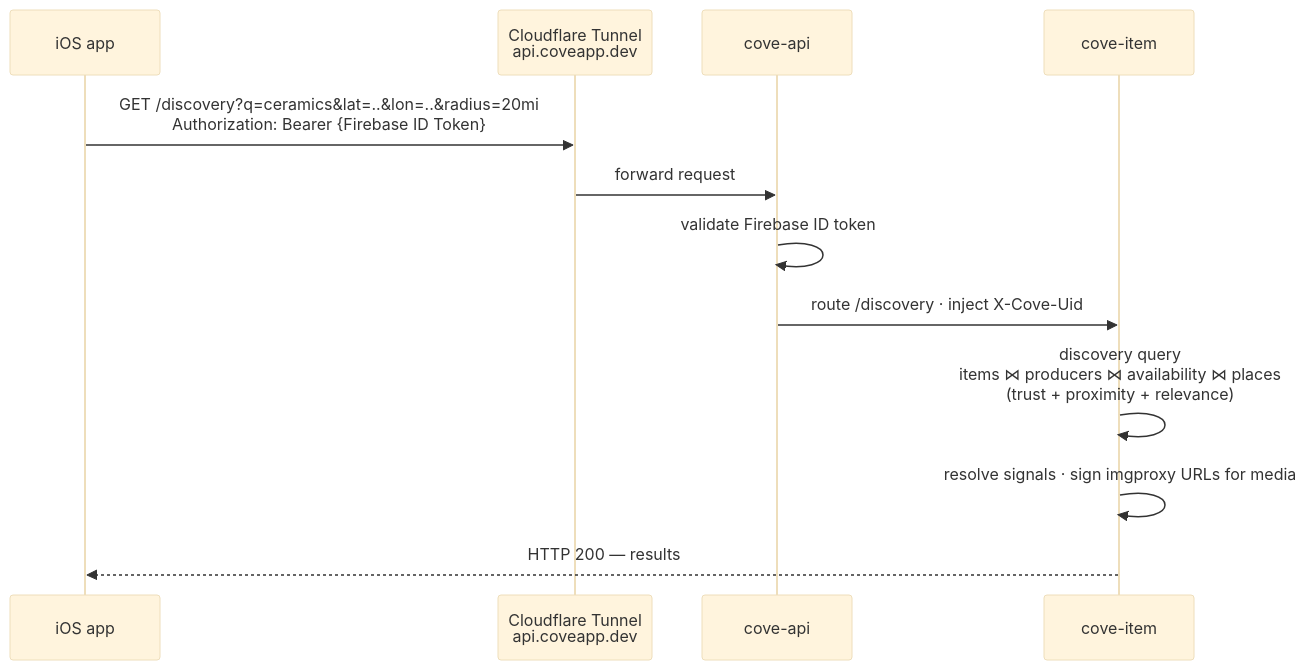
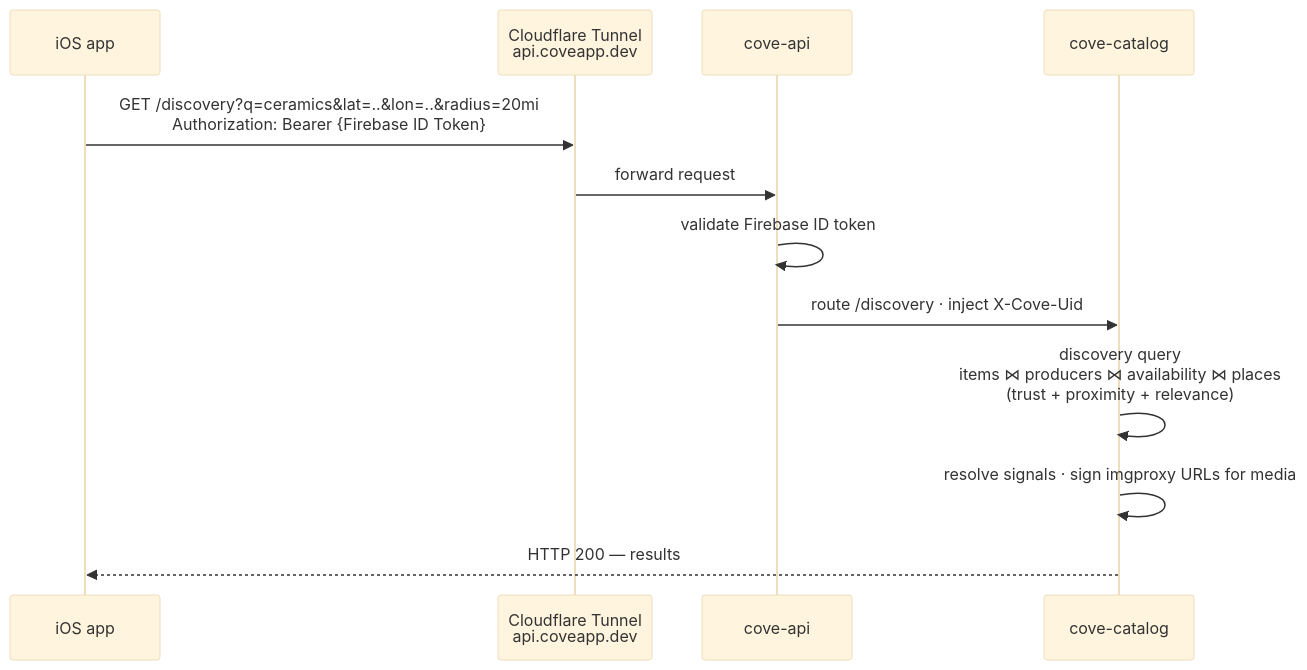
One commit to danicajiao/cove changed the second of 2 diagrams in docs/MARKETPLACE_ARCHITECTURE.md. Above: the diagram before and after it, drawn with Mermaid (base theme). The commit also changed other lines of this file and 75 other files, not shown here.

First line of the commit message:
Split cove-item into cove-catalog and cove-directory

````diff
--- a/docs/MARKETPLACE_ARCHITECTURE.md
+++ b/docs/MARKETPLACE_ARCHITECTURE.md
@@ -721,14 +732,14 @@
 ```mermaid
 sequenceDiagram
     participant iOS as iOS app
     participant CF as Cloudflare Tunnel<br/>api.coveapp.dev
     participant API as cove-api
-    participant Item as cove-item
+    participant Item as cove-catalog
     iOS->>CF: GET /discovery?q=ceramics&lat=..&lon=..&radius=20mi<br/>Authorization: Bearer {Firebase ID Token}
     CF->>API: forward request
     API->>API: validate Firebase ID token
     API->>Item: route /discovery · inject X-Cove-Uid
     Item->>Item: discovery query<br/>items ⋈ producers ⋈ availability ⋈ places<br/>(trust + proximity + relevance)
     Item->>Item: resolve signals · sign imgproxy URLs for media
     Item-->>iOS: HTTP 200 — results
 ```
````
